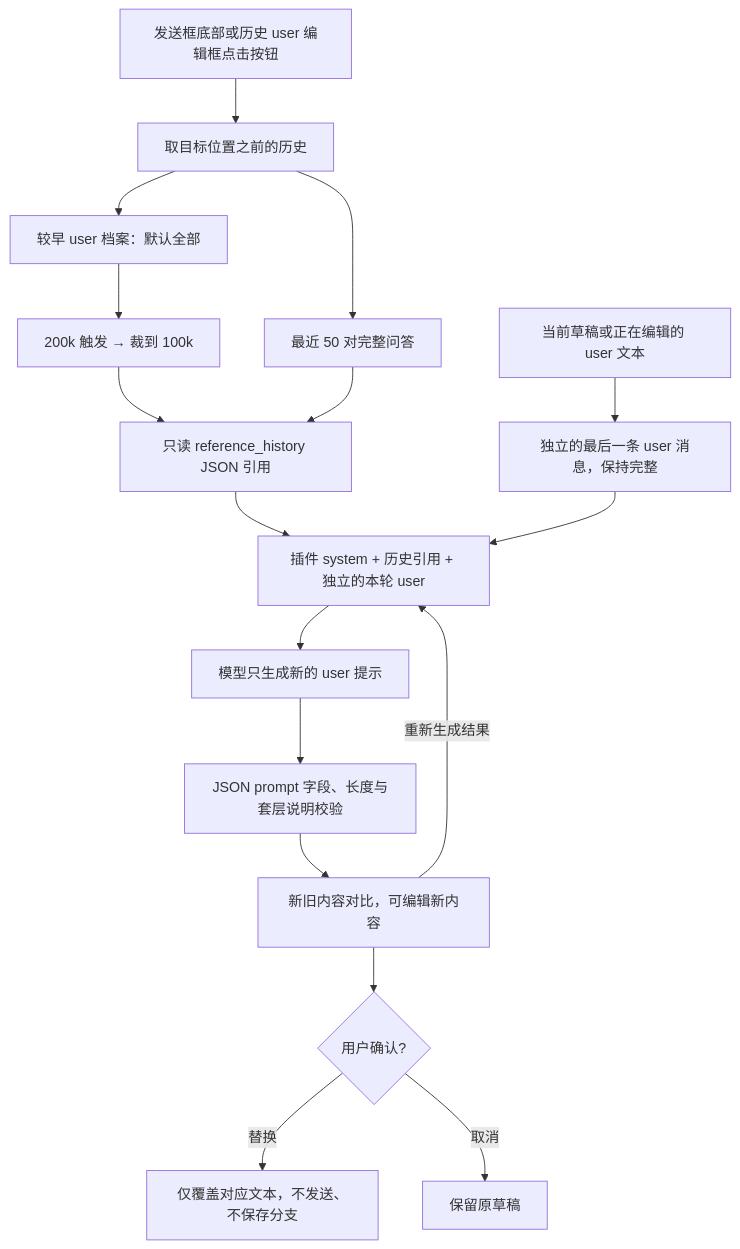
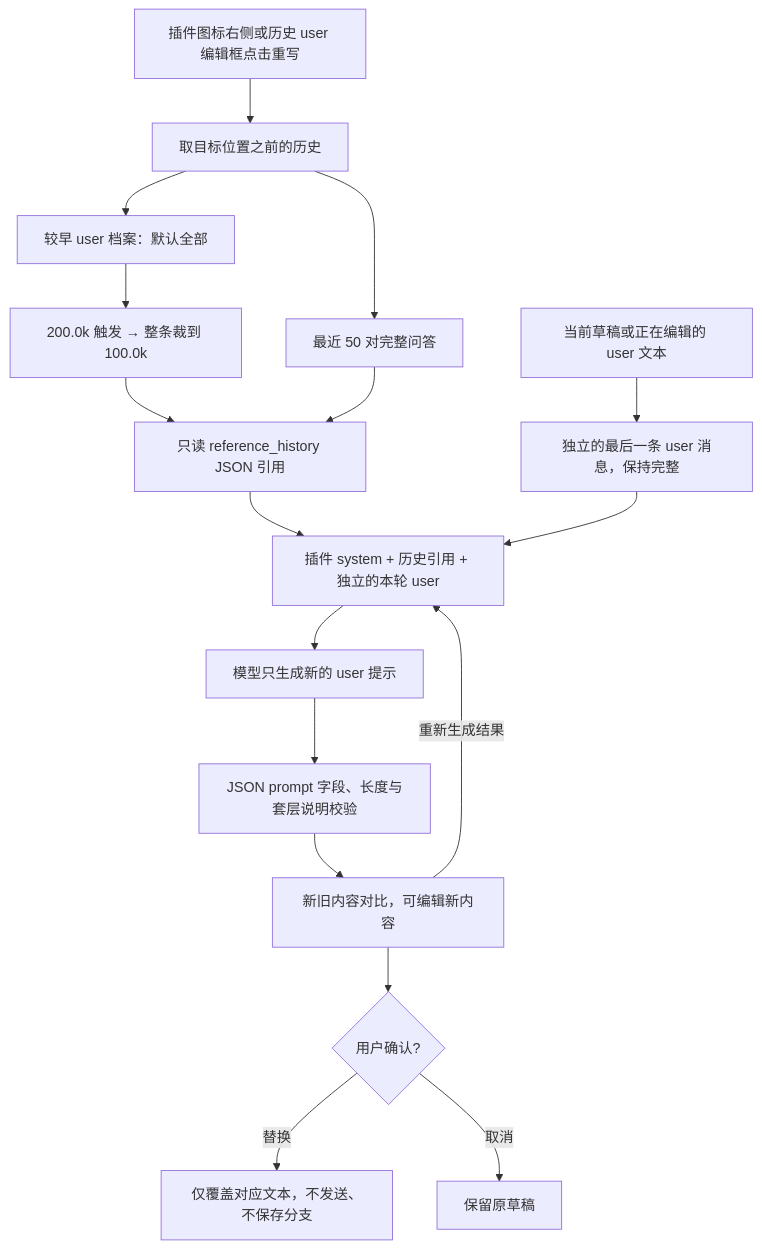
The sixth of 7 diagrams in docs/PLUGINS.md (ccawmiku/workers-chat), drawn with Mermaid before and after one commit. The commit also changed other lines of this file and 11 other files, not shown here.

````diff
--- a/docs/PLUGINS.md
+++ b/docs/PLUGINS.md
@@ -211,19 +307,19 @@
 ```mermaid
 flowchart TD
-    Click[发送框底部或历史 user 编辑框点击按钮] --> History[取目标位置之前的历史]
+    Click[插件图标右侧或历史 user 编辑框点击重写] --> History[取目标位置之前的历史]
     History --> Old[较早 user 档案：默认全部]
     History --> Recent[最近 50 对完整问答]
-    Old --> Water[200k 触发 → 裁到 100k]
+    Old --> Water[200.0k 触发 → 整条裁到 100.0k]
     Water --> Quote[只读 reference_history JSON 引用]
     Recent --> Quote
     Quote --> Request[插件 system + 历史引用 + 独立的本轮 user]
     Draft[当前草稿或正在编辑的 user 文本] --> Last[独立的最后一条 user 消息，保持完整]
     Last --> Request
     Request --> Model[模型只生成新的 user 提示]
     Model --> Validate[JSON prompt 字段、长度与套层说明校验]
     Validate --> Compare[新旧内容对比，可编辑新内容]
     Compare -->|重新生成结果| Request
     Compare --> Confirm{用户确认?}
     Confirm -->|替换| New[仅覆盖对应文本，不发送、不保存分支]
     Confirm -->|取消| Keep[保留原草稿]
 ```
````
